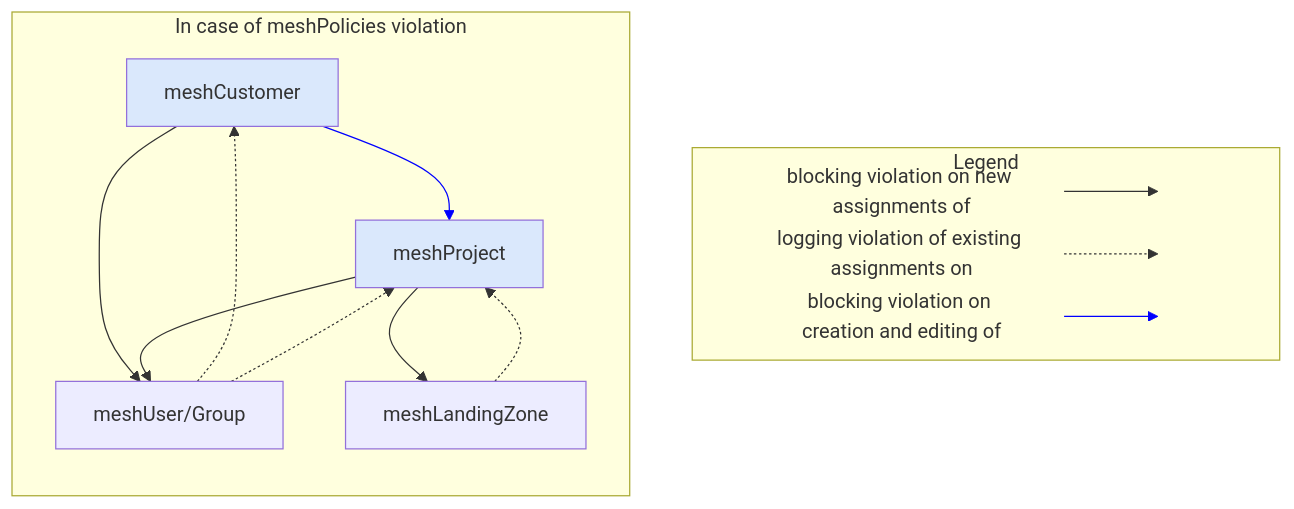
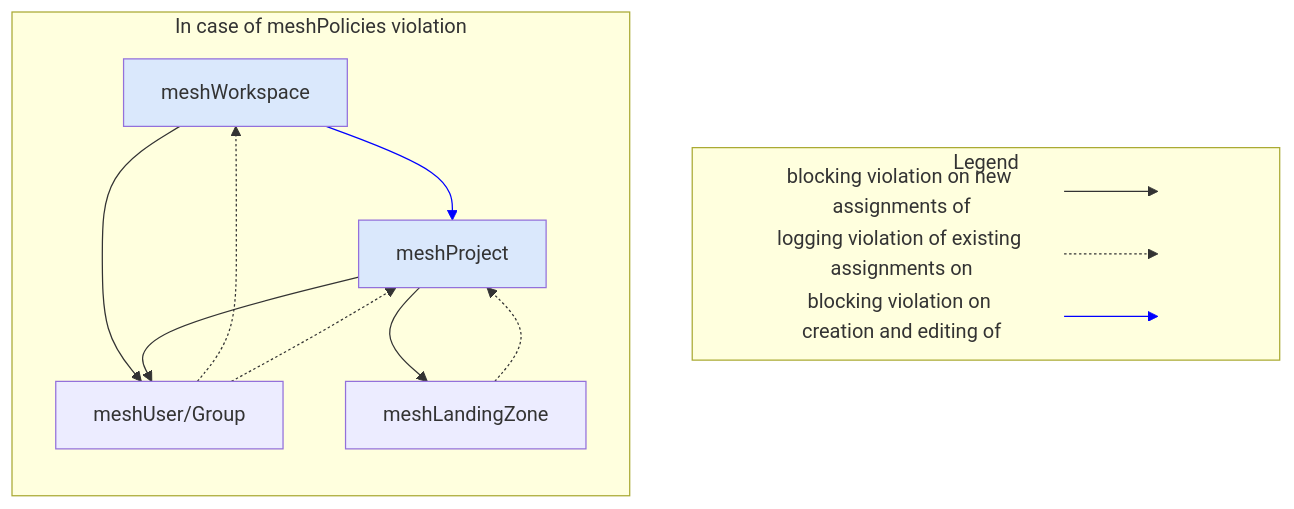
One commit to meshcloud/meshcloud-docs changed the diagram in docs/meshcloud.policies.md. Above: the diagram before and after it, drawn with Mermaid. The commit also changed other lines of this file and 83 other files, not shown here.

Commit message:
chore: rename meshCustomer to meshWorkspace CU-863gz1qtp

````diff
--- a/docs/meshcloud.policies.md
+++ b/docs/meshcloud.policies.md
@@ -138,24 +138,24 @@
 ```mermaid
 flowchart TB
     subgraph Legend
     start1["blocking violation on new assignments of"]:::legendClass --> stop1[ ]:::legendClass
     start2["logging violation of existing assignments on"]:::legendClass -.-> stop2[ ]:::legendClass
     start3["blocking violation on creation and editing of"]:::legendClass --> stop3[ ]:::legendClass
     end
     subgraph In case of meshPolicies violation
     direction TB
-      meshCustomer:::authoritativeClass --> meshProject
-      meshCustomer --> meshUser/Group
+      meshWorkspace:::authoritativeClass --> meshProject
+      meshWorkspace --> meshUser/Group
       meshProject --> meshUser/Group
       meshProject:::authoritativeClass --> meshLandingZone
       meshLandingZone -.-> meshProject
-      meshUser/Group -.-> meshCustomer
+      meshUser/Group -.-> meshWorkspace
       meshUser/Group -.-> meshProject
 
     end
 
 classDef authoritativeClass fill:#dae8fc;
 classDef legendClass height:0px;
 linkStyle 2 stroke: blue;
 linkStyle 3 stroke: blue;
 ```
````
